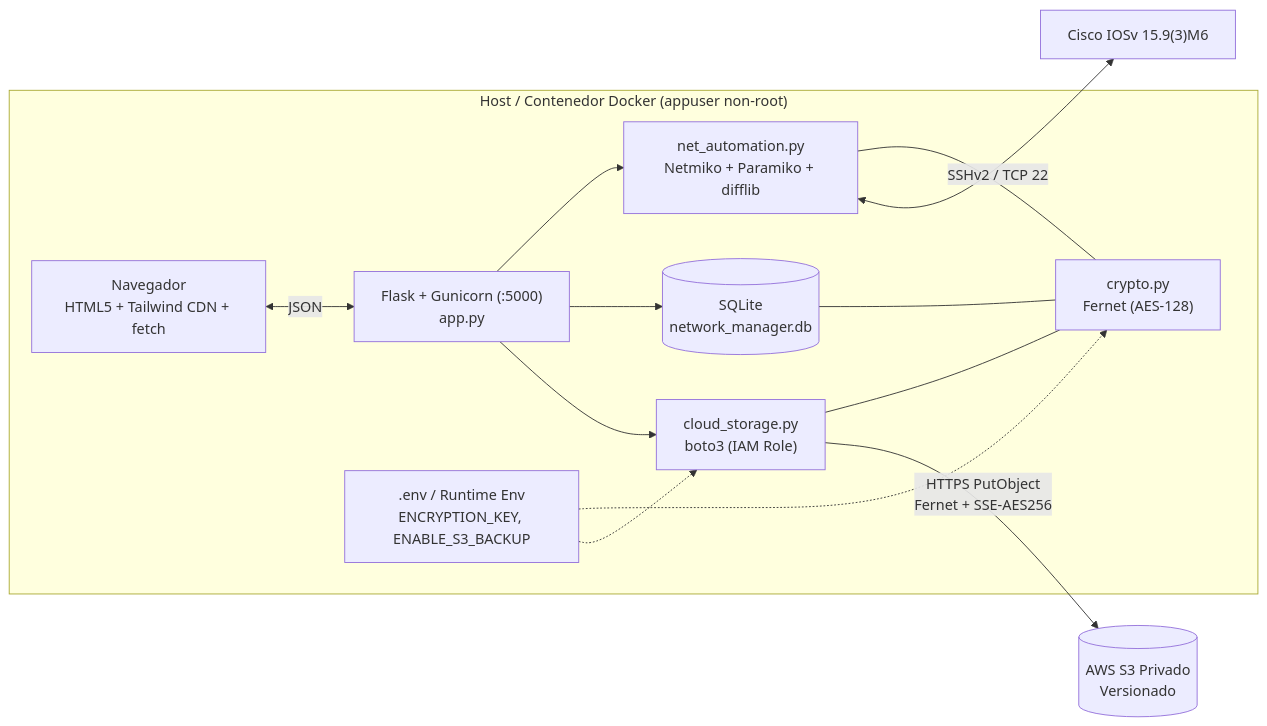
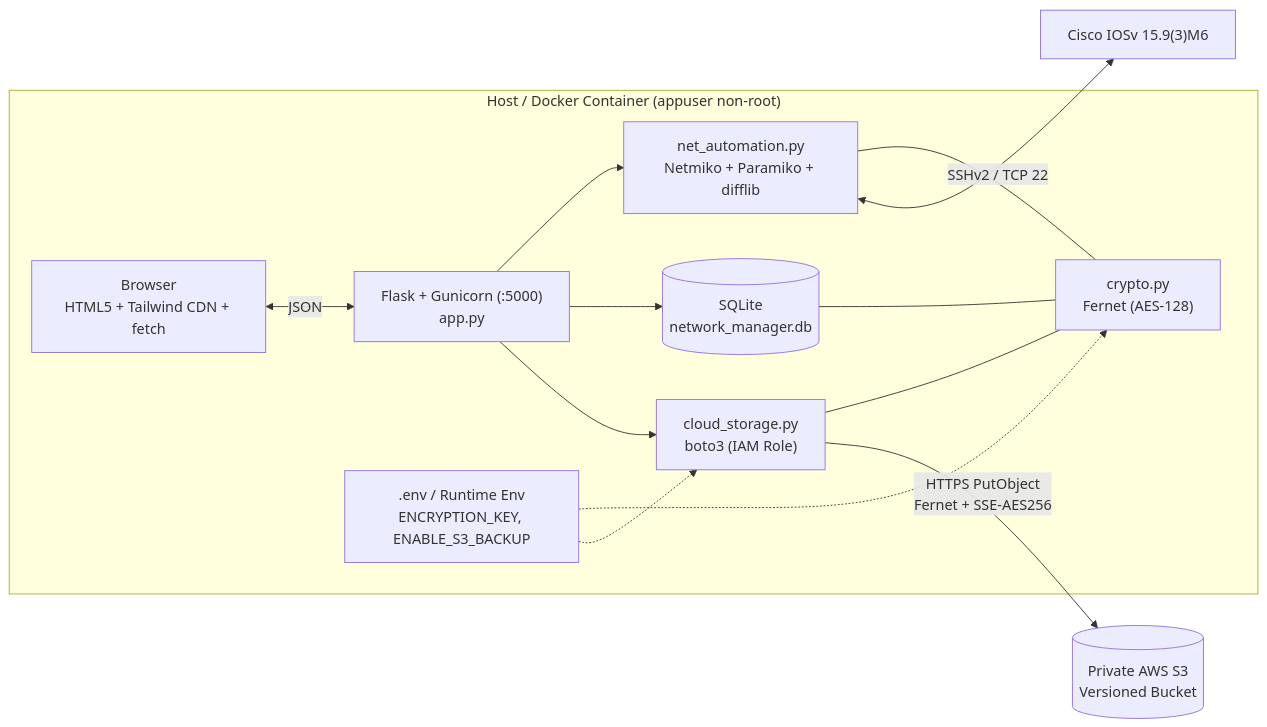
One commit to mgc-cloud17/network-config-manager changed the diagram in README.md. Above: the diagram before and after it, drawn with Mermaid. The commit also changed other lines of this file, not shown here.

````diff
--- a/README.md
+++ b/README.md
@@ -40,23 +40,23 @@
 ```mermaid
 flowchart LR
-    subgraph Host["Host / Contenedor Docker (appuser non-root)"]
-        UI["Navegador<br/>HTML5 + Tailwind CDN + fetch"]
+    subgraph Host["Host / Docker Container (appuser non-root)"]
+        UI["Browser<br/>HTML5 + Tailwind CDN + fetch"]
         API["Flask + Gunicorn (:5000)<br/>app.py"]
         NET["net_automation.py<br/>Netmiko + Paramiko + difflib"]
         CLOUD["cloud_storage.py<br/>boto3 (IAM Role)"]
         CRY["crypto.py<br/>Fernet (AES-128)"]
         DB[("SQLite<br/>network_manager.db")]
         ENV[".env / Runtime Env<br/>ENCRYPTION_KEY, ENABLE_S3_BACKUP"]
         UI <-->|"JSON"| API
         API --> NET
         API --> DB
         API --> CLOUD
         DB --- CRY
         NET --- CRY
         CLOUD --- CRY
         ENV -.-> CRY
         ENV -.-> CLOUD
     end
     NET <-->|"SSHv2 / TCP 22"| R1["Cisco IOSv 15.9(3)M6"]
-    CLOUD -->|"HTTPS PutObject<br/>Fernet + SSE-AES256"| S3[("AWS S3 Privado<br/>Versionado")]
+    CLOUD -->|"HTTPS PutObject<br/>Fernet + SSE-AES256"| S3[("Private AWS S3<br/>Versioned Bucket")]
 ```
````
